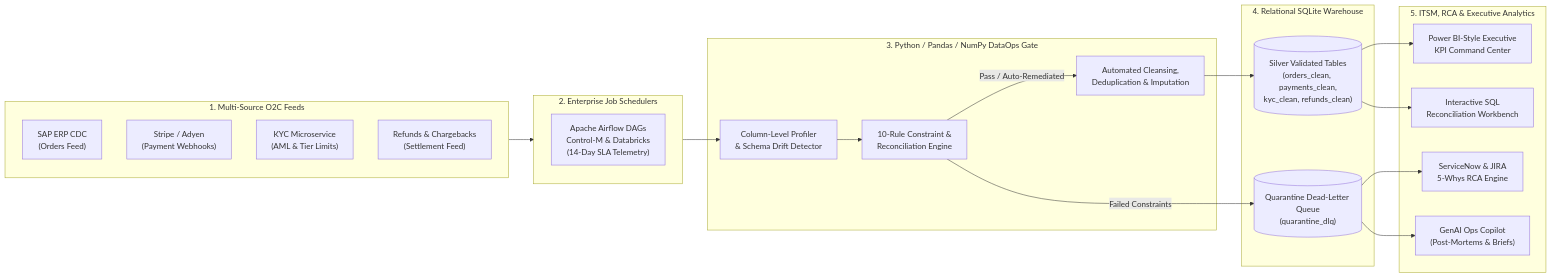
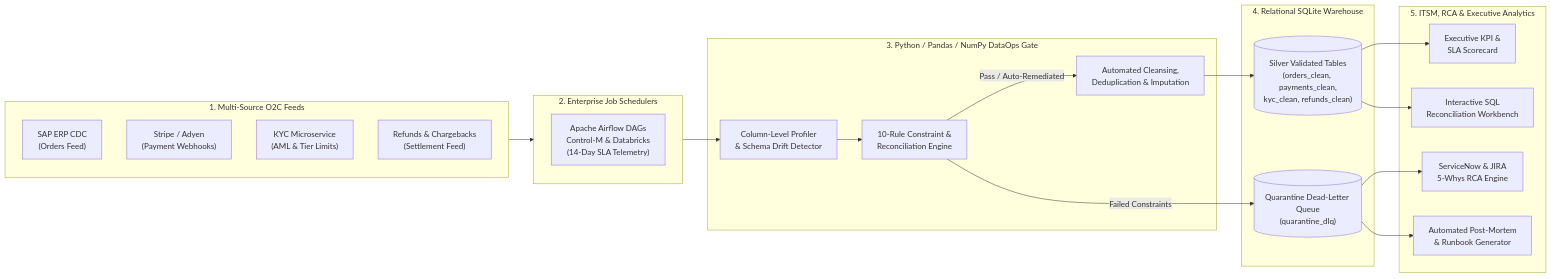
Before and after one commit to iankurbhatt/enterprise-dataops-command-center: the diagram in README.md, drawn with Mermaid. The commit also changed other lines of this file and 1 other file, not shown here.

````diff
--- a/README.md
+++ b/README.md
@@ -46,37 +29,37 @@
 ```mermaid
 flowchart LR
     subgraph Upstream["1. Multi-Source O2C Feeds"]
         A1["SAP ERP CDC\n(Orders Feed)"]
         A2["Stripe / Adyen\n(Payment Webhooks)"]
         A3["KYC Microservice\n(AML & Tier Limits)"]
         A4["Refunds & Chargebacks\n(Settlement Feed)"]
     end
 
     subgraph Orchestration["2. Enterprise Job Schedulers"]
         B1["Apache Airflow DAGs\nControl-M & Databricks\n(14-Day SLA Telemetry)"]
     end
 
     subgraph Validation["3. Python / Pandas / NumPy DataOps Gate"]
         C1["Column-Level Profiler\n& Schema Drift Detector"]
         C2["10-Rule Constraint &\nReconciliation Engine"]
         C3["Automated Cleansing,\nDeduplication & Imputation"]
     end
 
     subgraph Storage["4. Relational SQLite Warehouse"]
         D1[("Silver Validated Tables\n(orders_clean, payments_clean,\nkyc_clean, refunds_clean)")]
         D2[("Quarantine Dead-Letter Queue\n(quarantine_dlq)")]
     end
 
     subgraph ITSM["5. ITSM, RCA & Executive Analytics"]
-        E1["Power BI-Style Executive\nKPI Command Center"]
+        E1["Executive KPI &\nSLA Scorecard"]
         E2["Interactive SQL\nReconciliation Workbench"]
         E3["ServiceNow & JIRA\n5-Whys RCA Engine"]
-        E4["GenAI Ops Copilot\n(Post-Mortems & Briefs)"]
+        E4["Automated Post-Mortem\n& Runbook Generator"]
     end
 
     Upstream --> Orchestration --> C1 --> C2
     C2 -->|Pass / Auto-Remediated| C3 --> D1
     C2 -->|Failed Constraints| D2
     D1 --> E1 & E2
     D2 --> E3 & E4
 ```
````
